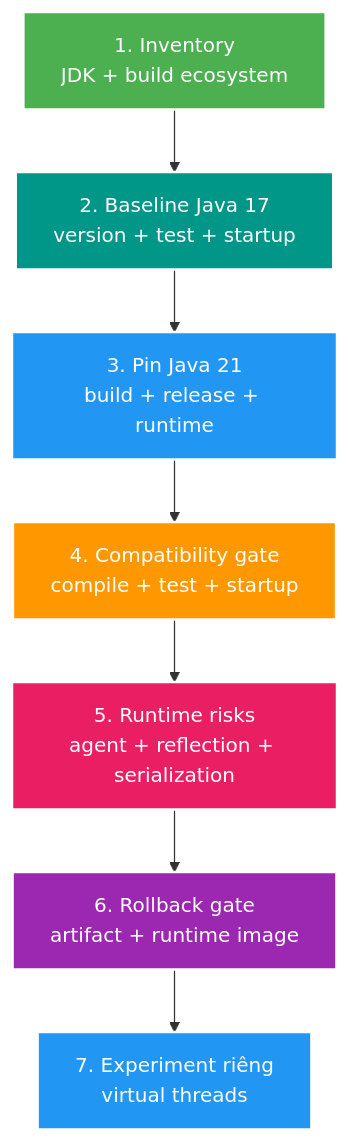
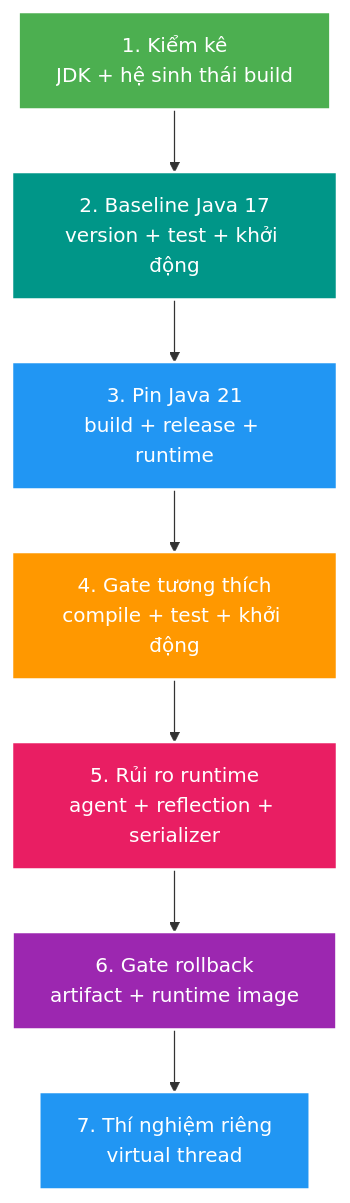
Before and after one commit to HungPhan200591/live-stream-backend: the second of 2 diagrams in docs/learning/topics/java/theory/core/java21-platform-baseline.md, drawn with Mermaid. The commit also changed other lines of this file and 177 other files, not shown here.

````diff
--- a/docs/learning/topics/java/theory/core/java21-platform-baseline.md
+++ b/docs/learning/topics/java/theory/core/java21-platform-baseline.md
@@ -106,17 +106,17 @@
 ```mermaid
 flowchart TB
-    A["1. Inventory<br/>JDK + build ecosystem"] --> B["2. Baseline Java 17<br/>version + test + startup"]
+    A["1. Kiểm kê<br/>JDK + hệ sinh thái build"] --> B["2. Baseline Java 17<br/>version + test + khởi động"]
     B --> C["3. Pin Java 21<br/>build + release + runtime"]
-    C --> D["4. Compatibility gate<br/>compile + test + startup"]
-    D --> E["5. Runtime risks<br/>agent + reflection + serialization"]
-    E --> F["6. Rollback gate<br/>artifact + runtime image"]
-    F --> G["7. Experiment riêng<br/>virtual threads"]
+    C --> D["4. Gate tương thích<br/>compile + test + khởi động"]
+    D --> E["5. Rủi ro runtime<br/>agent + reflection + serializer"]
+    E --> F["6. Gate rollback<br/>artifact + runtime image"]
+    F --> G["7. Thí nghiệm riêng<br/>virtual thread"]
 
     style A fill:#4CAF50,stroke:#fff,stroke-width:2px,color:#fff
     style B fill:#009688,stroke:#fff,stroke-width:2px,color:#fff
     style C fill:#2196F3,stroke:#fff,stroke-width:2px,color:#fff
     style D fill:#FF9800,stroke:#fff,stroke-width:2px,color:#fff
     style E fill:#E91E63,stroke:#fff,stroke-width:2px,color:#fff
     style F fill:#9C27B0,stroke:#fff,stroke-width:2px,color:#fff
     style G fill:#2196F3,stroke:#fff,stroke-width:2px,color:#fff
 ```
````
